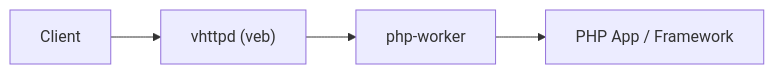
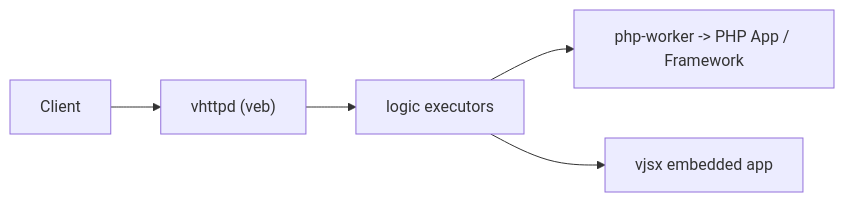
One commit to guweigang/vhttpd changed the second of 2 diagrams in README.md. Above: the diagram before and after it, drawn with Mermaid. The commit also changed other lines of this file and 1 other file, not shown here.

````diff
--- a/README.md
+++ b/README.md
@@ -145,6 +166,7 @@
 ```mermaid
 flowchart LR
     A["Client"] --> B["vhttpd (veb)"]
-    B --> C["php-worker"]
-    C --> D["PHP App / Framework"]
+    B --> C["logic executors"]
+    C --> D["php-worker -> PHP App / Framework"]
+    C --> E["vjsx embedded app"]
 ```
````
